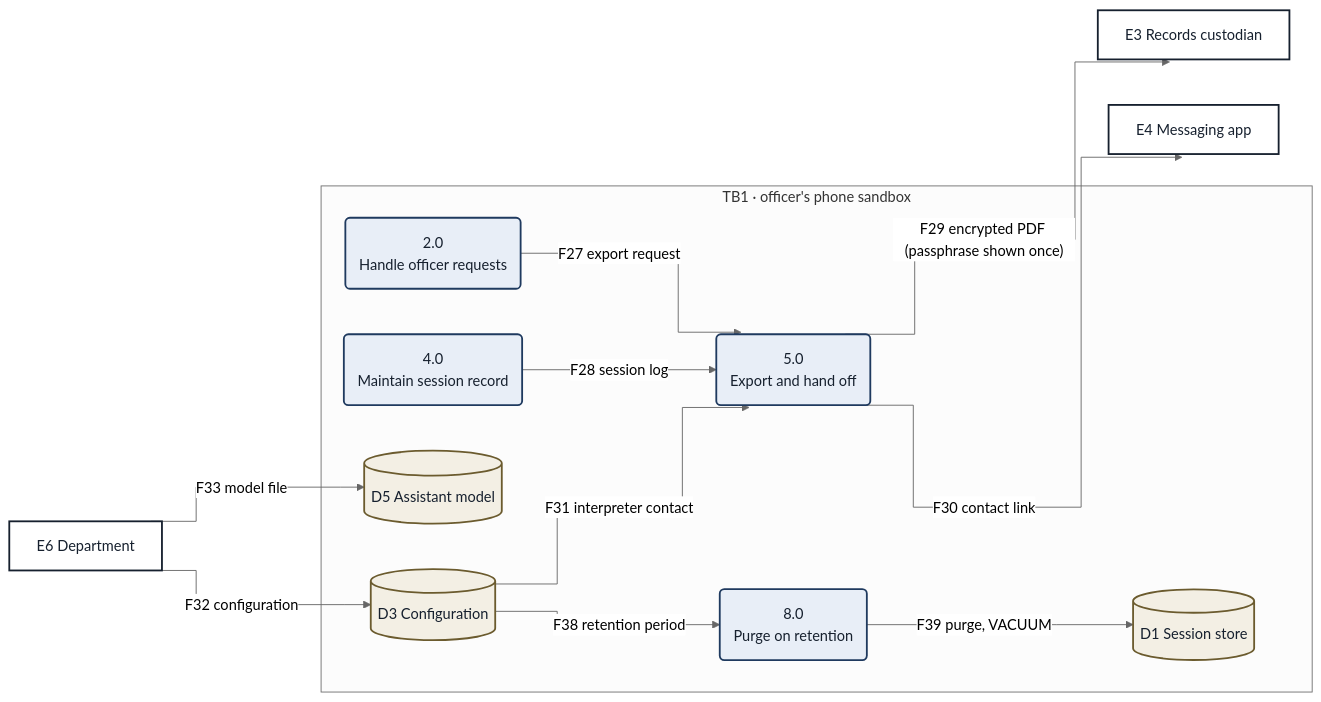
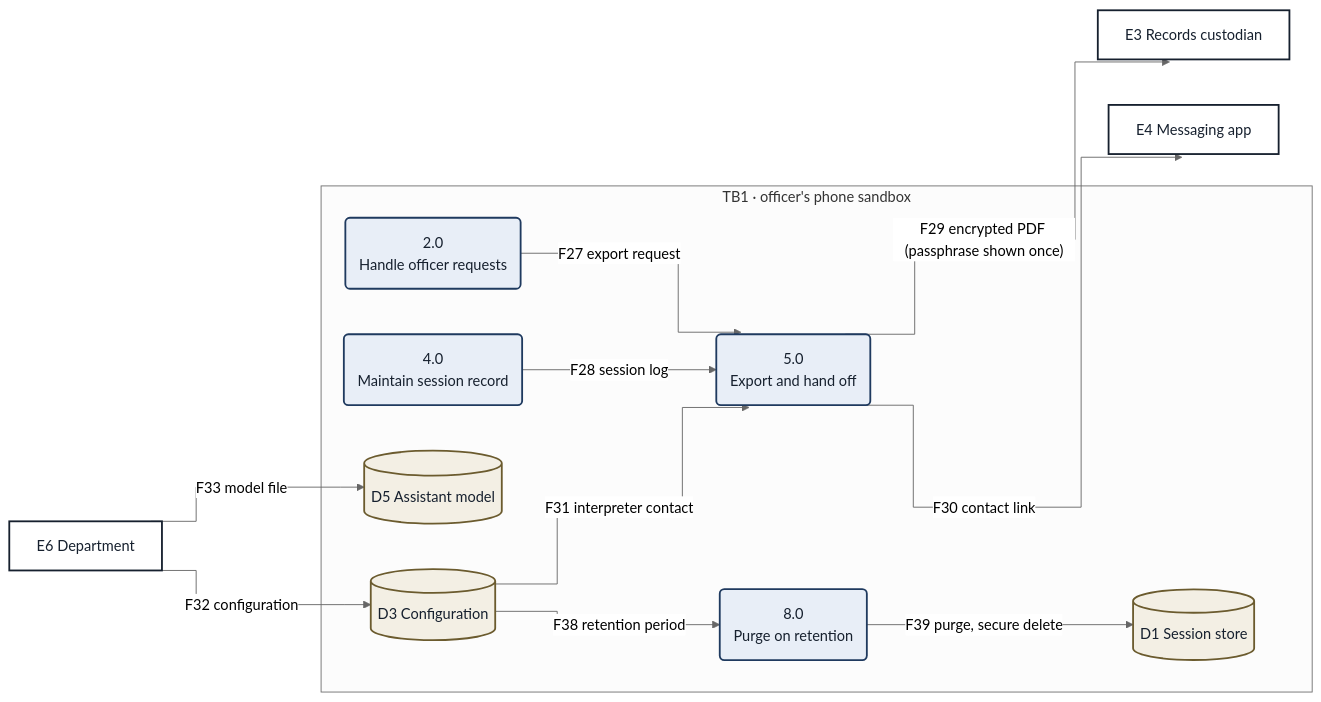
One commit to Yash-Awasthi/sign-setu changed the fourth of 17 diagrams in docs/README.md. Above: the diagram before and after it, drawn with Mermaid (neutral theme). The commit also changed other lines of this file and 11 other files, not shown here.

````diff
--- a/docs/README.md
+++ b/docs/README.md
@@ -221,28 +221,28 @@
 ```mermaid
 %%{init: {"flowchart": {"curve": "step"}}}%%
 flowchart LR
  subgraph STB1["TB1 · officer's phone sandbox"]
  P2("2.0<br/>Handle officer requests"):::proc
  P4("4.0<br/>Maintain session record"):::proc
  P5("5.0<br/>Export and hand off"):::proc
  D3[("D3 Configuration")]:::store
  D5[("D5 Assistant model")]:::store
  P8("8.0<br/>Purge on retention"):::proc
  D1[("D1 Session store")]:::store
  end
  E6["E6 Department"]:::ent
  E3["E3 Records custodian"]:::ent
  E4["E4 Messaging app"]:::ent
  P2 -- "F27 export request" --> P5
  P4 -- "F28 session log" --> P5
  D3 -- "F31 interpreter contact" --> P5
  P5 -- "F29 encrypted PDF (passphrase shown once)" --> E3
  P5 -- "F30 contact link" --> E4
  E6 -- "F33 model file" --> D5
  E6 -- "F32 configuration" --> D3
  D3 -- "F38 retention period" --> P8
- P8 -- "F39 purge, VACUUM" --> D1
+ P8 -- "F39 purge, secure delete" --> D1
  classDef ent fill:#ffffff,stroke:#16202e,stroke-width:2px,color:#16202e
  classDef proc fill:#e8eef7,stroke:#1f3a5f,stroke-width:2px,color:#16202e
  classDef store fill:#f3efe4,stroke:#6b5b2e,stroke-width:2px,color:#16202e
 ```
````
